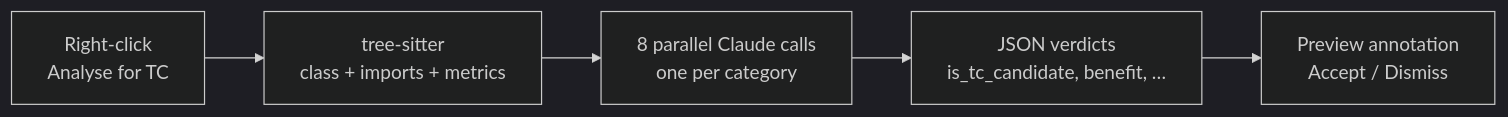
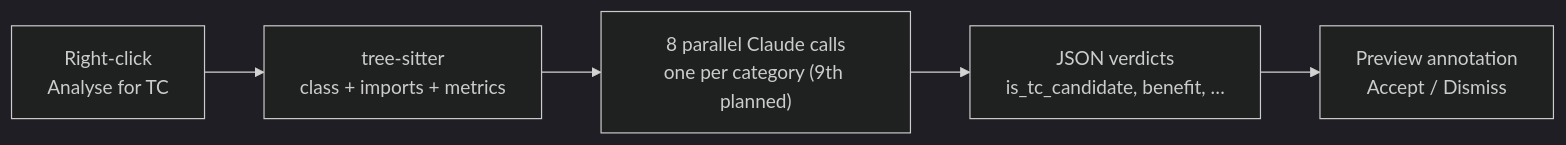
Before and after one commit to SASUKE40/TC-slide: the diagram in slides.md, drawn with Mermaid (dark theme). The commit also changed other lines of this file and 1 other file, not shown here.

Commit message:
Reflect the APSEC draft: category count, OPRO finding, RQ framing and Sprint 2 plan

````diff
--- a/slides.md
+++ b/slides.md
@@ -111,7 +111,7 @@
 ```mermaid
 flowchart LR
   A["Right-click<br/>Analyse for TC"] --> B["tree-sitter<br/>class + imports + metrics"]
-  B --> C["8 parallel Claude calls<br/>one per category"]
+  B --> C["8 parallel Claude calls<br/>one per category (9th planned)"]
   C --> D["JSON verdicts<br/>is_tc_candidate, benefit, …"]
   D --> E["Preview annotation<br/>Accept / Dismiss"]
 ```
````
